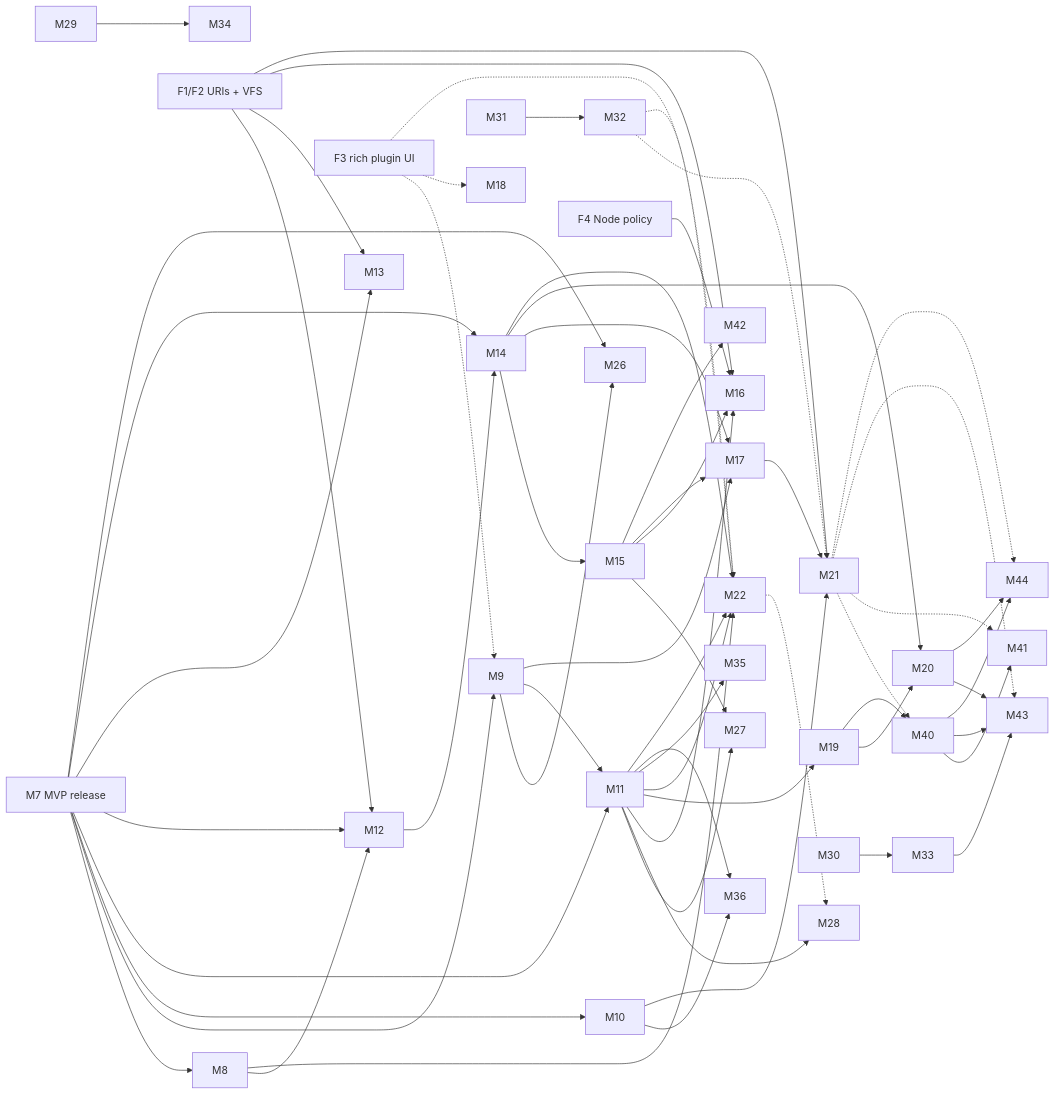
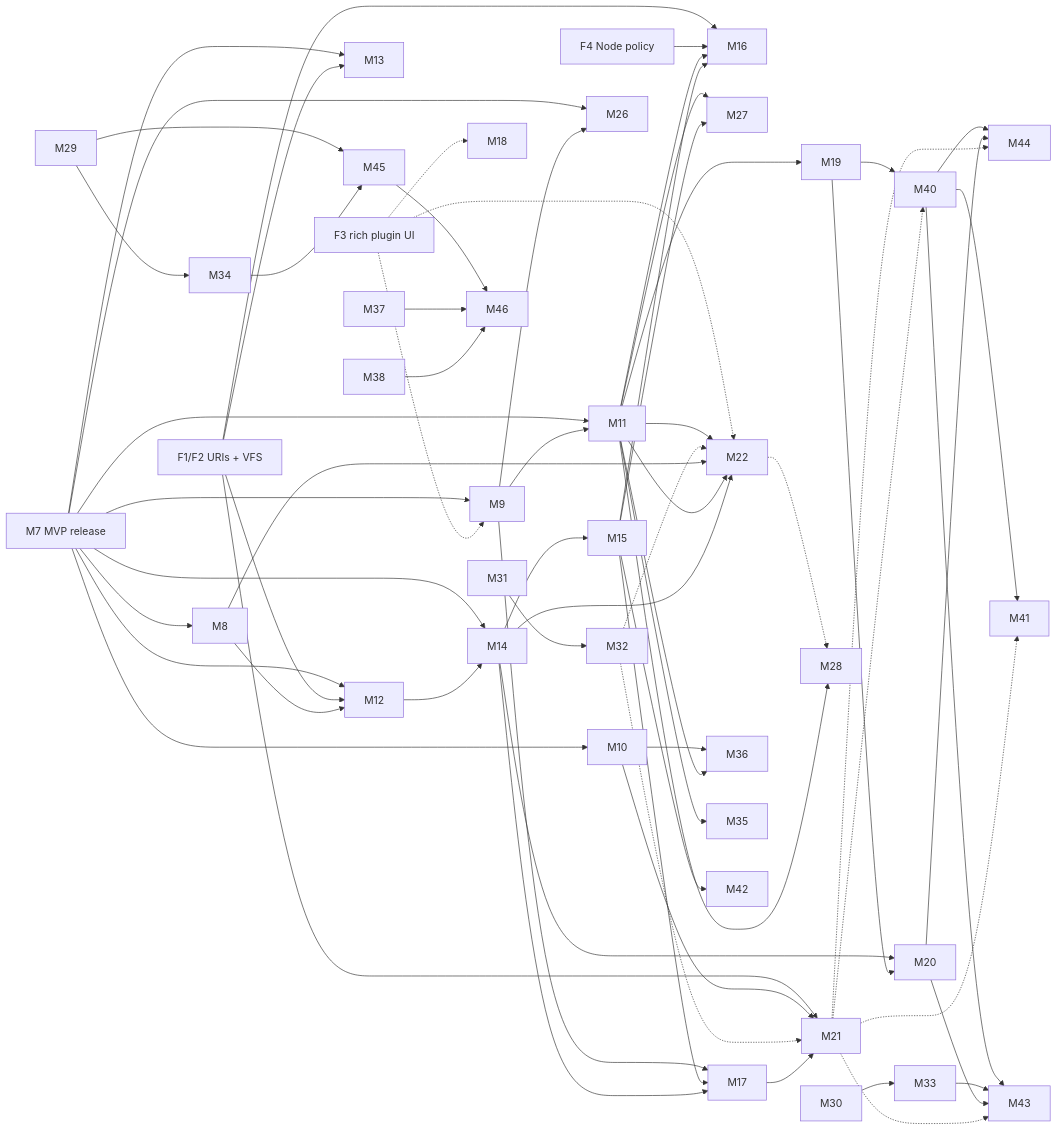
Before and after one commit to stavroskasidis/codalus-ide: the diagram in docs/roadmap.md, drawn with Mermaid. The commit also changed other lines of this file and 24 other files, not shown here.

First line of the commit message:
Theme families designed (Harbor, Graphite, Daylight, Ember); roadmap M45, M46, D32

````diff
--- a/docs/roadmap.md
+++ b/docs/roadmap.md
@@ -166,36 +168,38 @@
 ```mermaid
 graph LR
   MVP[M7 MVP release] --> M8 & M9 & M10 & M11 & M12 & M13 & M14 & M26
   F1[F1/F2 URIs + VFS] --> M12 & M13 & M16 & M21
   M9 --> M26
   M11 --> M27
   M15 --> M27
   M22 -.-> M28
   M11 --> M28
   F3[F3 rich plugin UI] -.-> M9 & M18 & M22
   F4[F4 Node policy] --> M16
   M8 --> M12
   M9 --> M11
   M9 --> M17
   M10 --> M36
   M10 --> M21
   M11 --> M16 & M19 & M22 & M35 & M36
   M30 --> M33
   M31 --> M32
   M32 -.-> M21 & M22
   M29 --> M34
   M12 --> M14
   M14 --> M15
   M15 --> M16 & M17
   M14 --> M17
   M14 --> M20
   M19 --> M20
   M17 --> M21
   M19 --> M40
   M40 --> M41 & M43 & M44
   M15 --> M42
   M33 --> M43
   M20 --> M43 & M44
   M21 -.-> M40 & M41 & M43 & M44
   M8 & M11 & M14 --> M22
+  M29 & M34 --> M45
+  M45 & M37 & M38 --> M46
 ```
````
